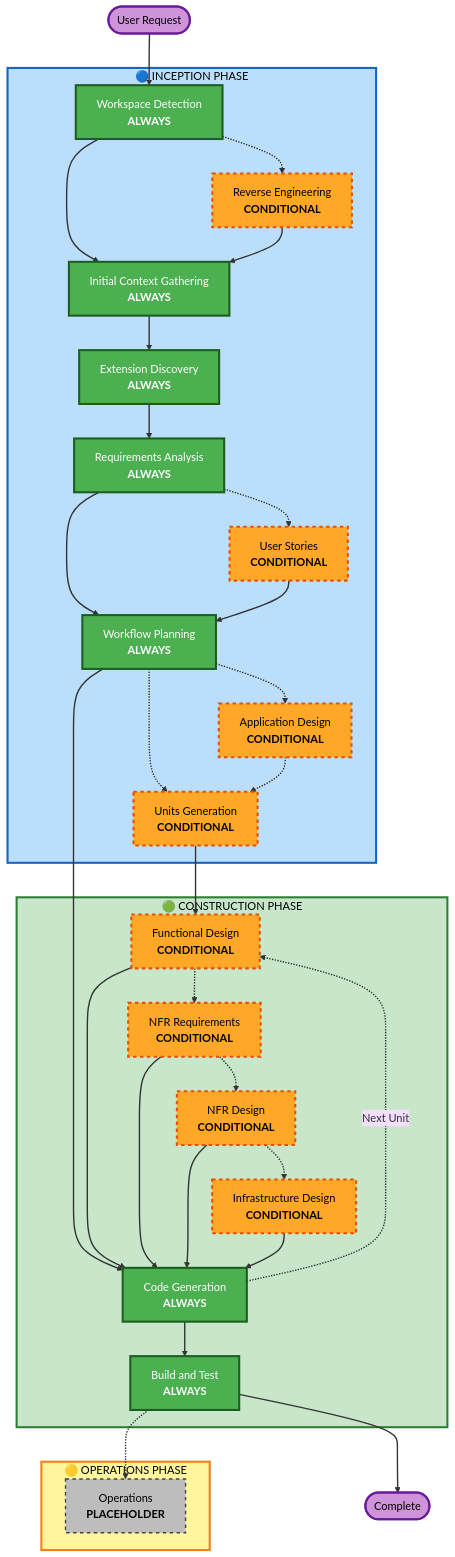
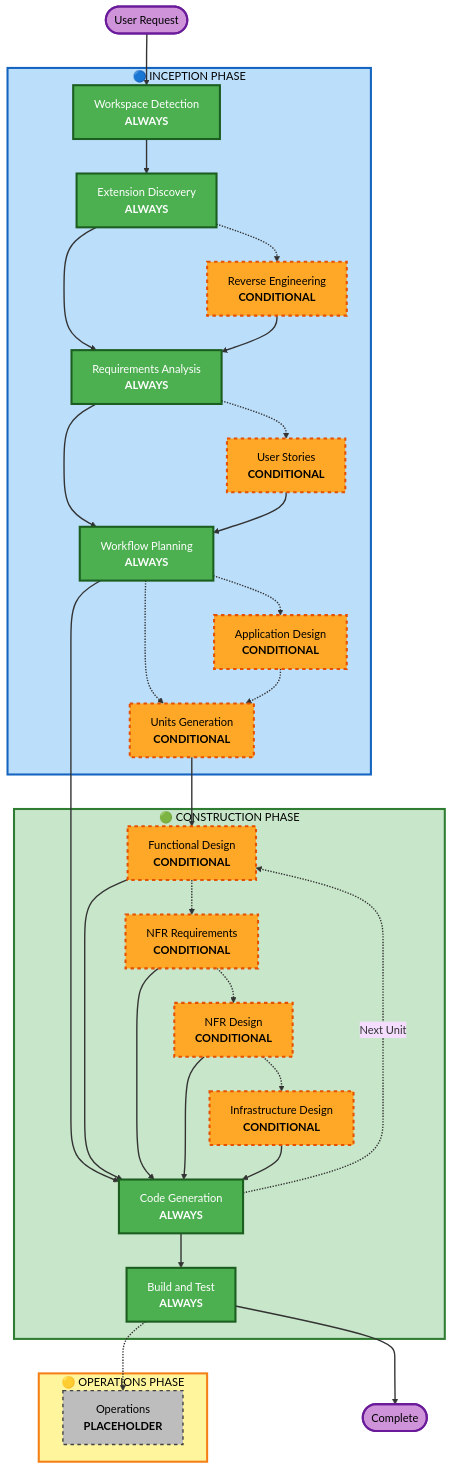
One commit to harmjeff/aidlc-workflows changed the diagram in aidlc-rules/aws-aidlc-rule-details/common/process-overview.md. Above: the diagram before and after it, drawn with Mermaid (base theme). The commit also changed other lines of this file and 2 other files, not shown here.

Commit message:
simplify: remove Initial Context Gathering, keep flow minimal
- Flow: Workspace Detection → Extension Discovery → Reverse Engineering → Requirements Analysis
- Removed Initial Context Gathering stage (unnecessary — prompt + workspace detection already provide context)
- Extension Discovery right after Workspace Detection, auto-enables installed extensions
- Requirements Analysis runs with extensions loaded, compliance questions injected
- No new stages added to core workflow

```diff
--- a/aidlc-rules/aws-aidlc-rule-details/common/process-overview.md
+++ b/aidlc-rules/aws-aidlc-rule-details/common/process-overview.md
@@ -37,9 +37,8 @@
     
     subgraph INCEPTION["🔵 INCEPTION PHASE"]
         WD["Workspace Detection<br/><b>ALWAYS</b>"]
+        ED["Extension Discovery<br/><b>ALWAYS</b>"]
         RE["Reverse Engineering<br/><b>CONDITIONAL</b>"]
-        ICG["Initial Context Gathering<br/><b>ALWAYS</b>"]
-        ED["Extension Discovery<br/><b>ALWAYS</b>"]
         RA["Requirements Analysis<br/><b>ALWAYS</b>"]
         Stories["User Stories<br/><b>CONDITIONAL</b>"]
         WP["Workflow Planning<br/><b>ALWAYS</b>"]
@@ -61,11 +60,10 @@
     end
     
     Start --> WD
-    WD -.-> RE
-    WD --> ICG
-    RE --> ICG
-    ICG --> ED
+    WD --> ED
+    ED -.-> RE
     ED --> RA
+    RE --> RA
     
     RA -.-> Stories
     RA --> WP
@@ -90,7 +88,6 @@
     BT --> End(["Complete"])
     
     style WD fill:#4CAF50,stroke:#1B5E20,stroke-width:3px,color:#fff
-    style ICG fill:#4CAF50,stroke:#1B5E20,stroke-width:3px,color:#fff
     style ED fill:#4CAF50,stroke:#1B5E20,stroke-width:3px,color:#fff
     style RA fill:#4CAF50,stroke:#1B5E20,stroke-width:3px,color:#fff
     style WP fill:#4CAF50,stroke:#1B5E20,stroke-width:3px,color:#fff
```
